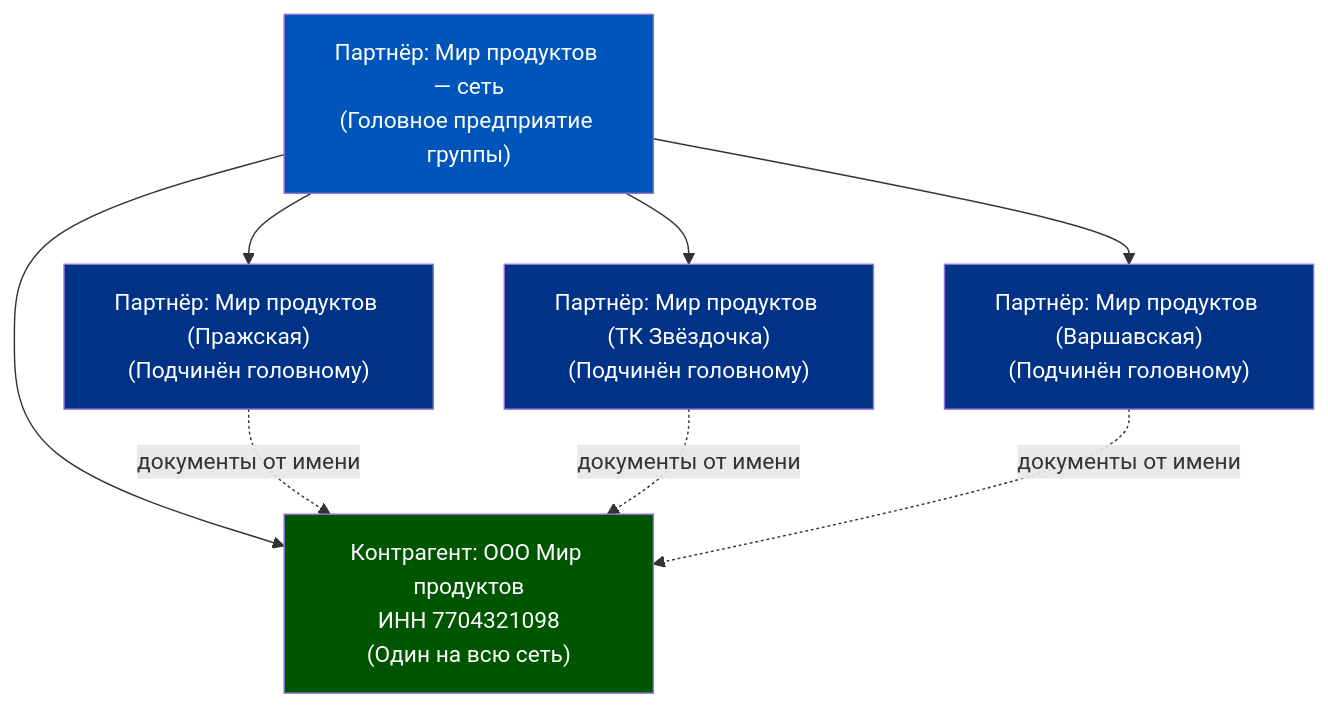
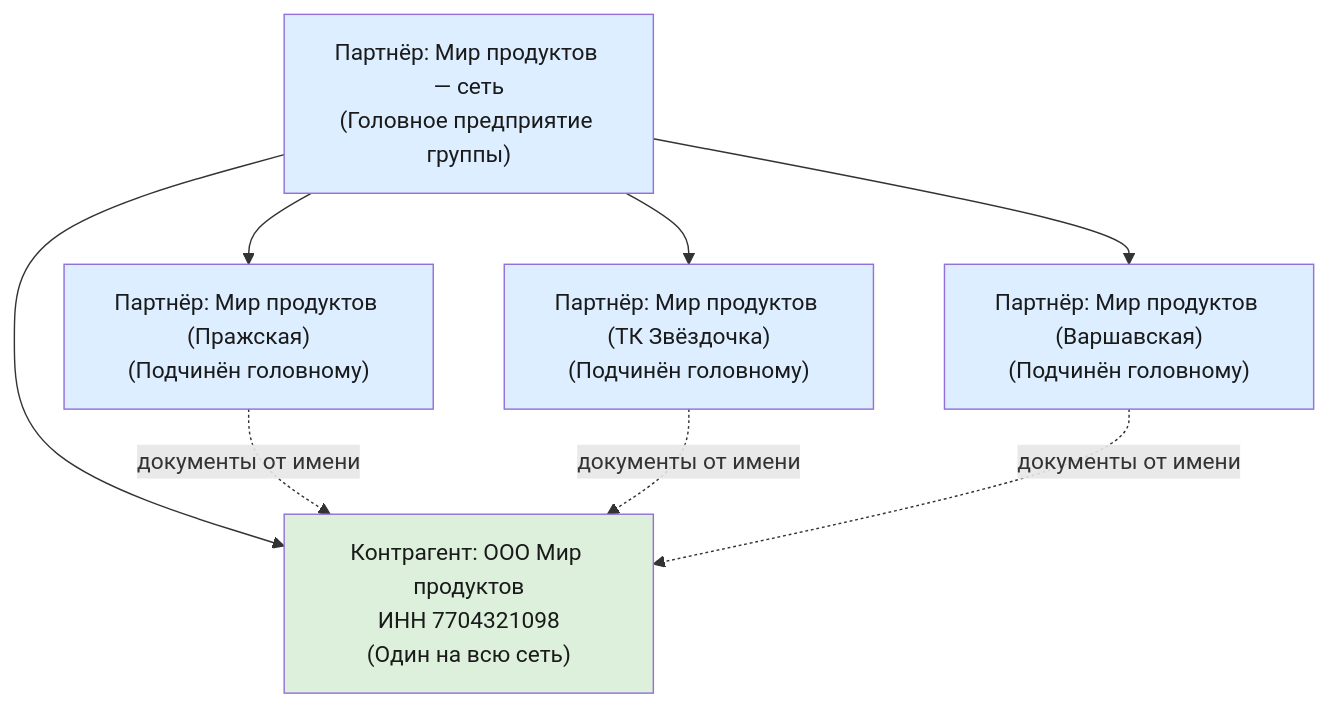
One commit to murad1986/1c-erp-quartz changed the fourth of 6 diagrams in content/1c-erp/week_2/Неделя 2 - День 3 - Партнёры и контрагенты.md. Above: the diagram before and after it, drawn with Mermaid. The commit also changed other lines of this file and 57 other files, not shown here.

First line of the commit message:
fix: Mermaid — пастельные цвета в источниках диаграмм (56 файлов)

````diff
--- a/content/1c-erp/week_2/Неделя 2 - День 3 - Партнёры и контрагенты.md
+++ b/content/1c-erp/week_2/Неделя 2 - День 3 - Партнёры и контрагенты.md
@@ -279,22 +279,22 @@
 ```mermaid
 graph TD
     N["Партнёр: Мир продуктов — сеть<br/>(Головное предприятие группы)"]
     P1["Партнёр: Мир продуктов (Пражская)<br/>(Подчинён головному)"]
     P2["Партнёр: Мир продуктов (ТК Звёздочка)<br/>(Подчинён головному)"]
     P3["Партнёр: Мир продуктов (Варшавская)<br/>(Подчинён головному)"]
     K["Контрагент: ООО Мир продуктов<br/>ИНН 7704321098<br/>(Один на всю сеть)"]
 
     N --> P1
     N --> P2
     N --> P3
     N --> K
     P1 -.-> |"документы от имени"| K
     P2 -.-> |"документы от имени"| K
     P3 -.-> |"документы от имени"| K
 
-    style N fill:#0055BB,color:#fff
-    style P1 fill:#003388,color:#fff
-    style P2 fill:#003388,color:#fff
-    style P3 fill:#003388,color:#fff
-    style K fill:#005500,color:#fff
+    style N fill:#dceeff,color:#1a1a1a
+    style P1 fill:#dceeff,color:#1a1a1a
+    style P2 fill:#dceeff,color:#1a1a1a
+    style P3 fill:#dceeff,color:#1a1a1a
+    style K fill:#dcf0dc,color:#1a1a1a
 ```
````
